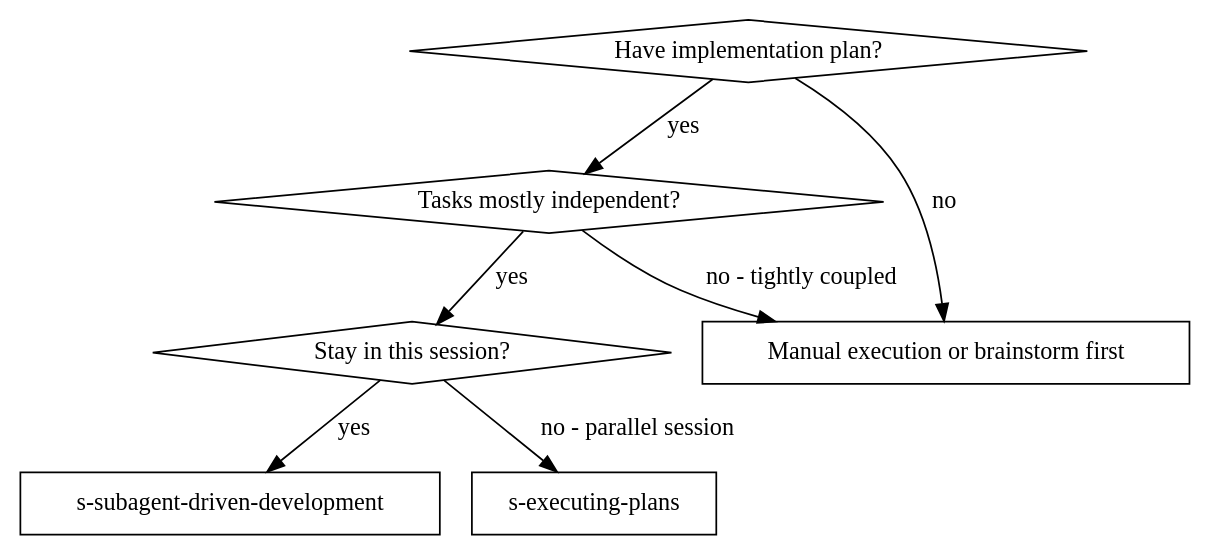
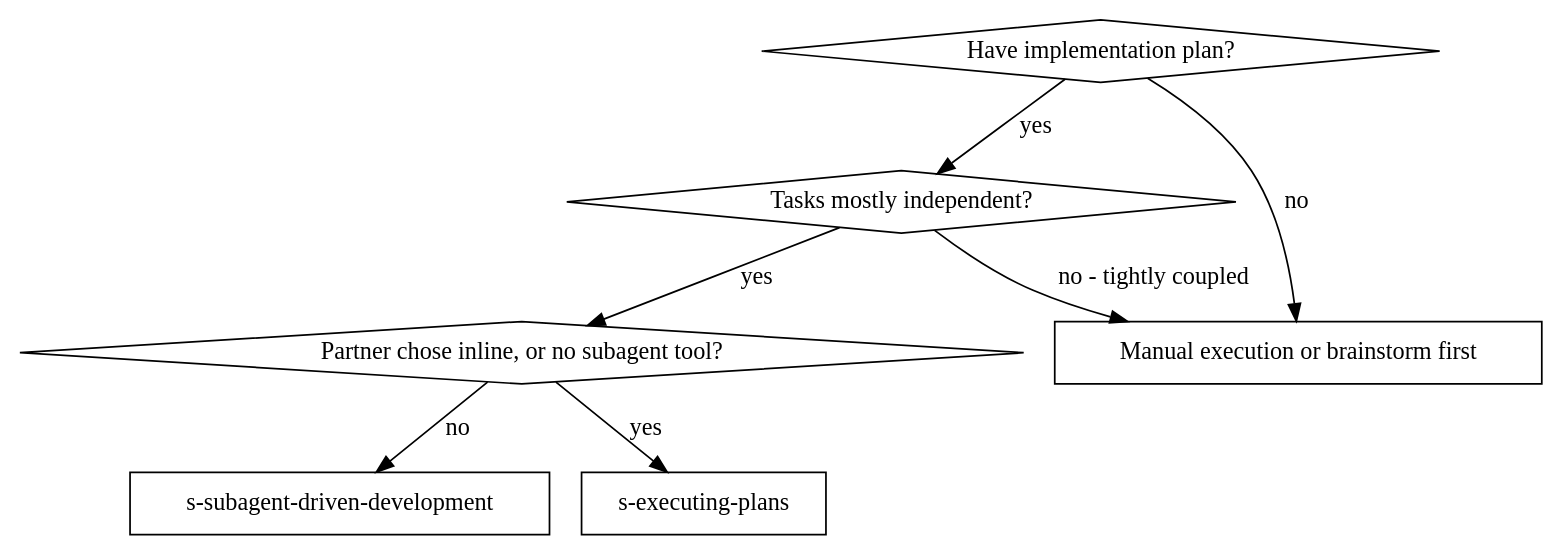
One commit to lsimons/lsimons-skills changed the first of 2 diagrams in disabled/s-subagent-driven-development/SKILL.md. Above: the diagram before and after it, drawn with Graphviz. The commit also changed other lines of this file and 90 other files, not shown here.

````diff
--- a/disabled/s-subagent-driven-development/SKILL.md
+++ b/disabled/s-subagent-driven-development/SKILL.md
@@ -35,17 +35,17 @@
 ```dot
 digraph when_to_use {
     "Have implementation plan?" [shape=diamond];
     "Tasks mostly independent?" [shape=diamond];
-    "Stay in this session?" [shape=diamond];
+    "Partner chose inline, or no subagent tool?" [shape=diamond];
     "s-subagent-driven-development" [shape=box];
     "s-executing-plans" [shape=box];
     "Manual execution or brainstorm first" [shape=box];
 
     "Have implementation plan?" -> "Tasks mostly independent?" [label="yes"];
     "Have implementation plan?" -> "Manual execution or brainstorm first" [label="no"];
-    "Tasks mostly independent?" -> "Stay in this session?" [label="yes"];
+    "Tasks mostly independent?" -> "Partner chose inline, or no subagent tool?" [label="yes"];
     "Tasks mostly independent?" -> "Manual execution or brainstorm first" [label="no - tightly coupled"];
-    "Stay in this session?" -> "s-subagent-driven-development" [label="yes"];
-    "Stay in this session?" -> "s-executing-plans" [label="no - parallel session"];
+    "Partner chose inline, or no subagent tool?" -> "s-executing-plans" [label="yes"];
+    "Partner chose inline, or no subagent tool?" -> "s-subagent-driven-development" [label="no"];
 }
 ```
````
